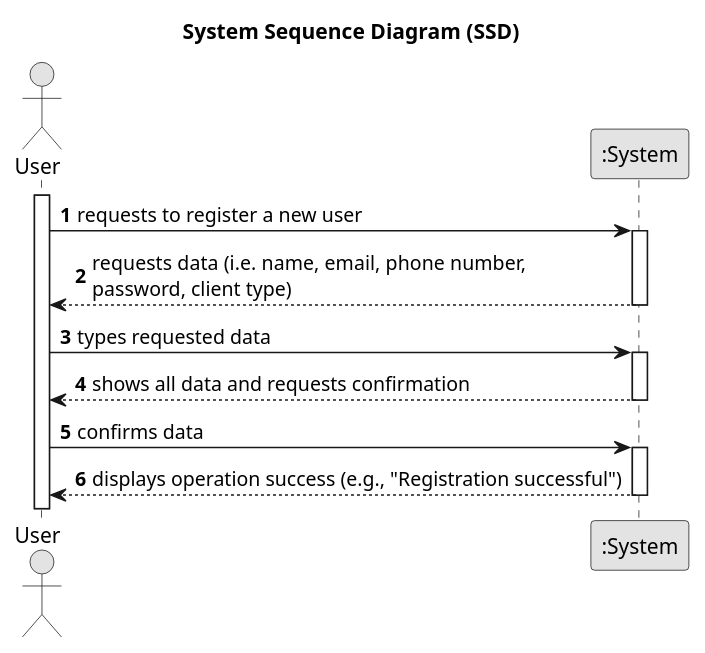
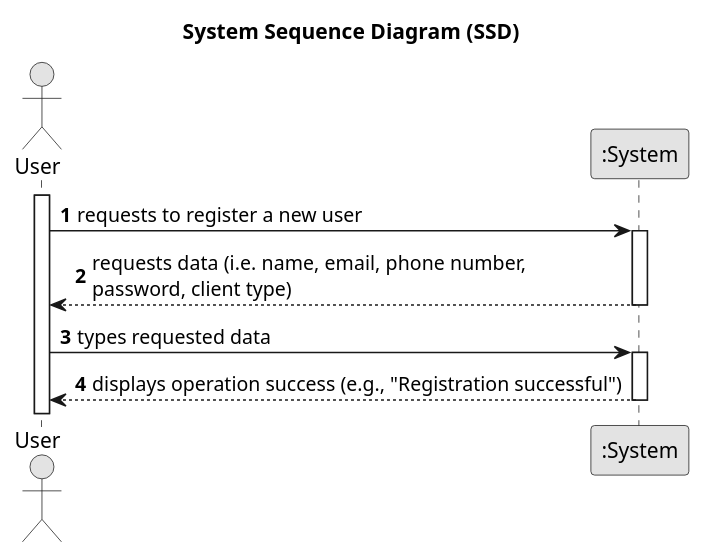
Before and after one commit to vivianeaalmeida/ComeAndGet: the diagram in Docs/US01/01-requirements-engineering/US01-SSD.puml, drawn with PlantUML. The commit also changed 19 other files, not shown here.

```diff
--- a/Docs/US01/01-requirements-engineering/US01-SSD.puml
+++ b/Docs/US01/01-requirements-engineering/US01-SSD.puml
@@ -1,32 +1,26 @@
 @startuml
 skinparam monochrome true
 skinparam packageStyle rectangle
 skinparam shadowing false
 
 title System Sequence Diagram (SSD)
 
 autonumber
 
 actor "User" as User
 participant ":System" as System
 
 activate User
 
     User -> System : requests to register a new user
     activate System
 
         System --> User : requests data (i.e. name, email, phone number, \npassword, client type)
     deactivate System
 
     User -> System : types requested data
     activate System
 
-        System --> User : shows all data and requests confirmation
-    deactivate System
-
-    User -> System : confirms data
-    activate System
-
         System --> User : displays operation success (e.g., "Registration successful")
     deactivate System
 @enduml
```
